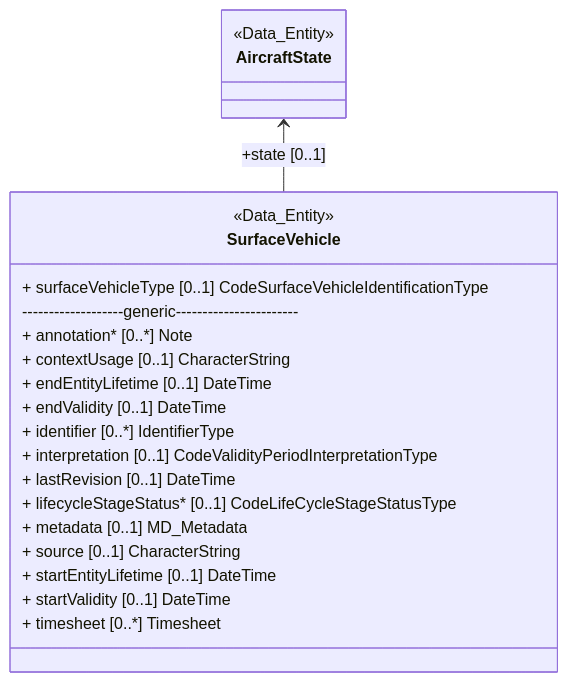
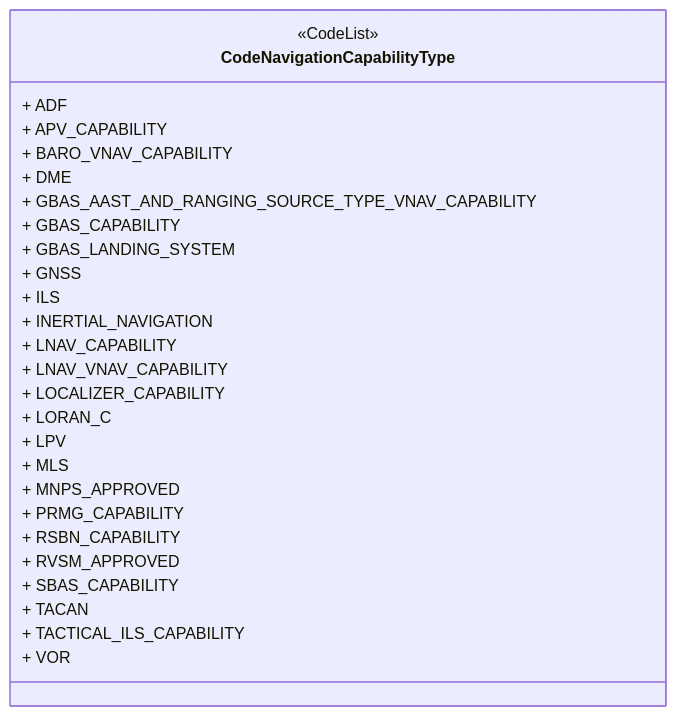
Before and after one commit to hlepori/testAIRM: diagram 19 of 55 in README.md, drawn with Mermaid. The commit also changed other lines of this file, not shown here.

````diff
--- a/README.md
+++ b/README.md
@@ -546,25 +473,30 @@
 ```mermaid	
 classDiagram	
-class SurfaceVehicle	
-<<Data_Entity>> SurfaceVehicle	
-link SurfaceVehicle "https://airm.aero/developers/advanced-search/1.0.0/SurfaceVehicle?model=LogicalModel" "Go to definition"	
-SurfaceVehicle : + surfaceVehicleType [0..1] CodeSurfaceVehicleIdentificationType	
-class AircraftState	
-<<Data_Entity>> AircraftState	
-link AircraftState "https://airm.aero/developers/advanced-search/1.0.0/AircraftState?model=LogicalModel" "Go to definition"	
-AircraftState <-- SurfaceVehicle : +state [0..1]	
-SurfaceVehicle: -------------------generic-----------------------	
-SurfaceVehicle : + annotation* [0..*] Note	
-SurfaceVehicle : + contextUsage [0..1] CharacterString	
-SurfaceVehicle : + endEntityLifetime [0..1] DateTime	
-SurfaceVehicle : + endValidity [0..1] DateTime	
-SurfaceVehicle : + identifier [0..*] IdentifierType	
-SurfaceVehicle : + interpretation [0..1] CodeValidityPeriodInterpretationType	
-SurfaceVehicle : + lastRevision [0..1] DateTime	
-SurfaceVehicle : + lifecycleStageStatus* [0..1] CodeLifeCycleStageStatusType	
-SurfaceVehicle : + metadata [0..1] MD_Metadata	
-SurfaceVehicle : + source [0..1] CharacterString	
-SurfaceVehicle : + startEntityLifetime [0..1] DateTime	
-SurfaceVehicle : + startValidity [0..1] DateTime	
-SurfaceVehicle : + timesheet [0..*] Timesheet	
+class CodeNavigationCapabilityType	
+<<CodeList>> CodeNavigationCapabilityType	
+link CodeNavigationCapabilityType "https://airm.aero/developers/advanced-search/1.0.0/CodeNavigationCapabilityType?model=LogicalModel" "Go to definition"	
+CodeNavigationCapabilityType : + ADF	
+CodeNavigationCapabilityType : + APV_CAPABILITY	
+CodeNavigationCapabilityType : + BARO_VNAV_CAPABILITY	
+CodeNavigationCapabilityType : + DME	
+CodeNavigationCapabilityType : + GBAS_AAST_AND_RANGING_SOURCE_TYPE_VNAV_CAPABILITY	
+CodeNavigationCapabilityType : + GBAS_CAPABILITY	
+CodeNavigationCapabilityType : + GBAS_LANDING_SYSTEM	
+CodeNavigationCapabilityType : + GNSS	
+CodeNavigationCapabilityType : + ILS	
+CodeNavigationCapabilityType : + INERTIAL_NAVIGATION	
+CodeNavigationCapabilityType : + LNAV_CAPABILITY	
+CodeNavigationCapabilityType : + LNAV_VNAV_CAPABILITY	
+CodeNavigationCapabilityType : + LOCALIZER_CAPABILITY	
+CodeNavigationCapabilityType : + LORAN_C	
+CodeNavigationCapabilityType : + LPV	
+CodeNavigationCapabilityType : + MLS	
+CodeNavigationCapabilityType : + MNPS_APPROVED	
+CodeNavigationCapabilityType : + PRMG_CAPABILITY	
+CodeNavigationCapabilityType : + RSBN_CAPABILITY	
+CodeNavigationCapabilityType : + RVSM_APPROVED	
+CodeNavigationCapabilityType : + SBAS_CAPABILITY	
+CodeNavigationCapabilityType : + TACAN	
+CodeNavigationCapabilityType : + TACTICAL_ILS_CAPABILITY	
+CodeNavigationCapabilityType : + VOR	
 ```	
````
